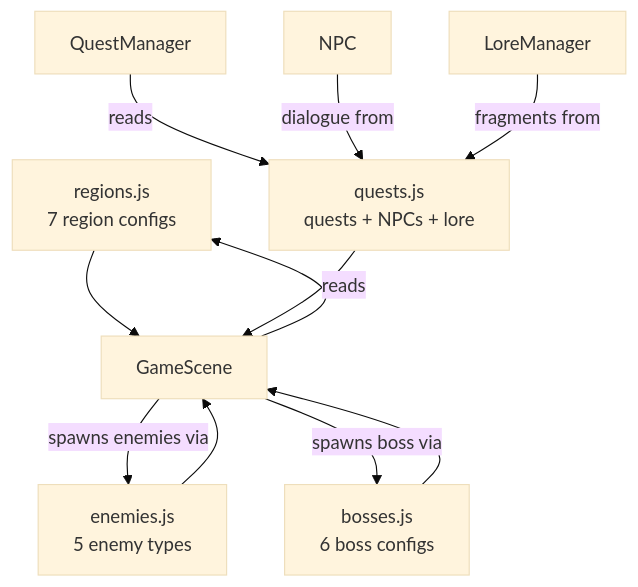
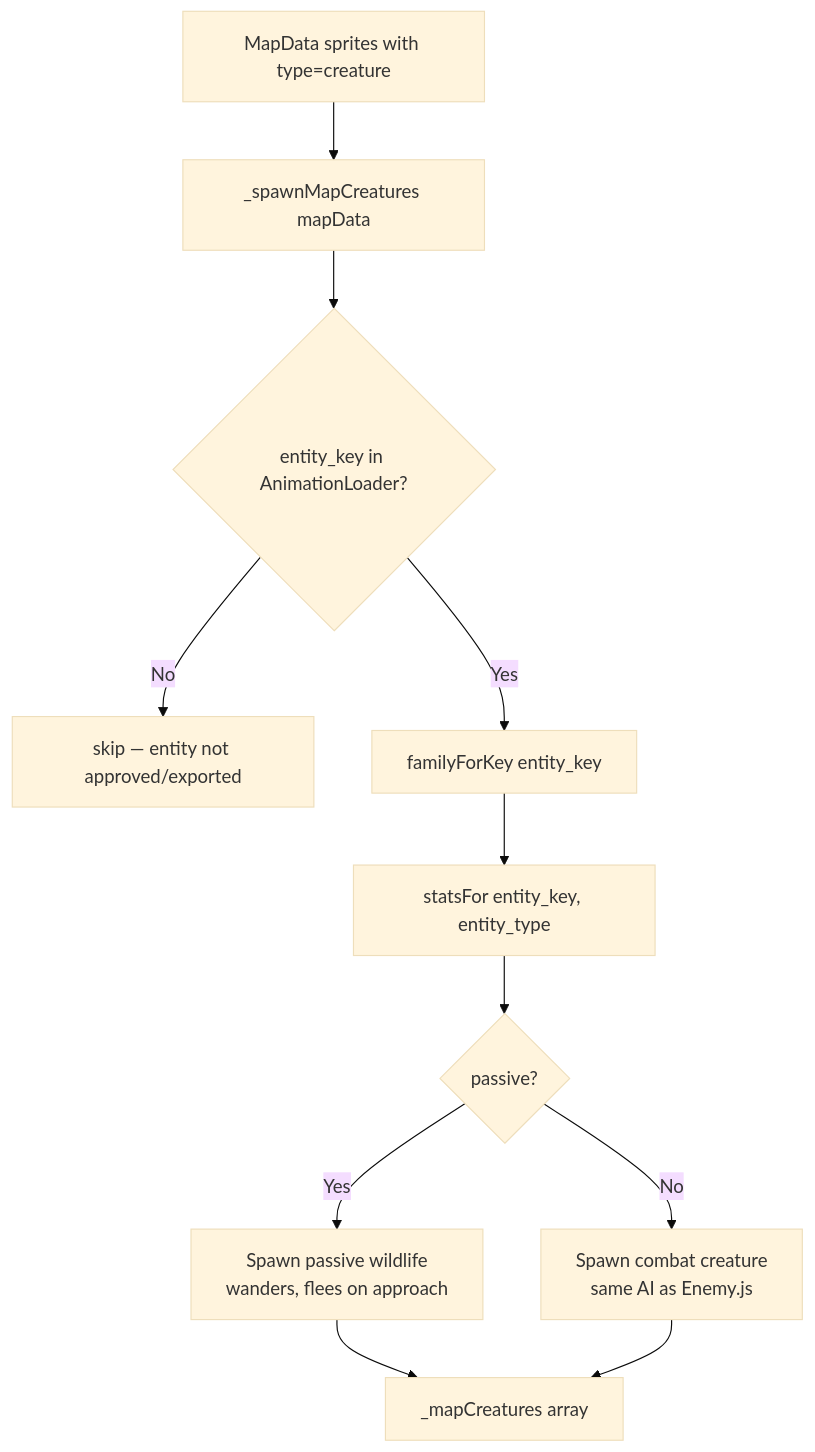
The fifth of 16 diagrams in docs/TECHNICAL_OVERVIEW.md (Shreyansh-Kushwaha/Dark-Star), drawn with Mermaid (base theme) before and after one commit. The commit also changed other lines of this file and 2 other files, not shown here.

````diff
--- a/docs/TECHNICAL_OVERVIEW.md
+++ b/docs/TECHNICAL_OVERVIEW.md
@@ -392,14 +556,13 @@
 ```mermaid
-graph TD
-    RG[regions.js\n7 region configs] --> GS[GameScene]
-    EN[enemies.js\n5 enemy types] --> GS
-    BO[bosses.js\n6 boss configs] --> GS
-    QD[quests.js\nquests + NPCs + lore] --> GS
-
-    GS -->|reads| RG
-    GS -->|spawns enemies via| EN
-    GS -->|spawns boss via| BO
-    QM[QuestManager] -->|reads| QD
-    NP[NPC] -->|dialogue from| QD
-    LO[LoreManager] -->|fragments from| QD
+flowchart TD
+    A[MapData sprites with type=creature] --> B[_spawnMapCreatures mapData]
+    B --> C{entity_key in AnimationLoader?}
+    C -->|No| D[skip — entity not approved/exported]
+    C -->|Yes| E[familyForKey entity_key]
+    E --> F[statsFor entity_key, entity_type]
+    F --> G{passive?}
+    G -->|Yes| H[Spawn passive wildlife\nwanders, flees on approach]
+    G -->|No| I[Spawn combat creature\nsame AI as Enemy.js]
+    H --> J[_mapCreatures array]
+    I --> J
 ```
````
